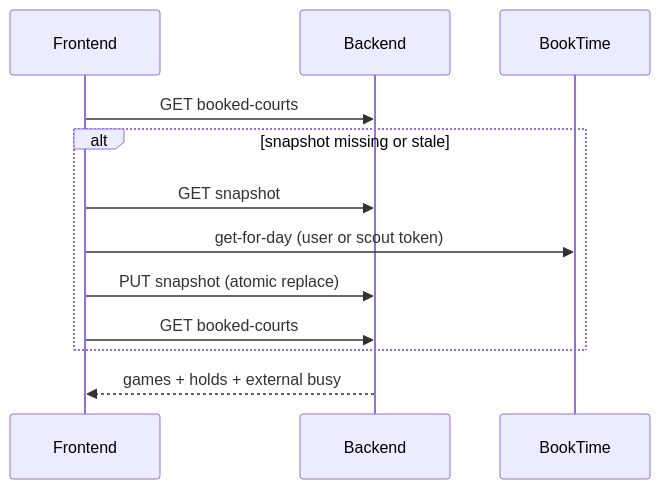
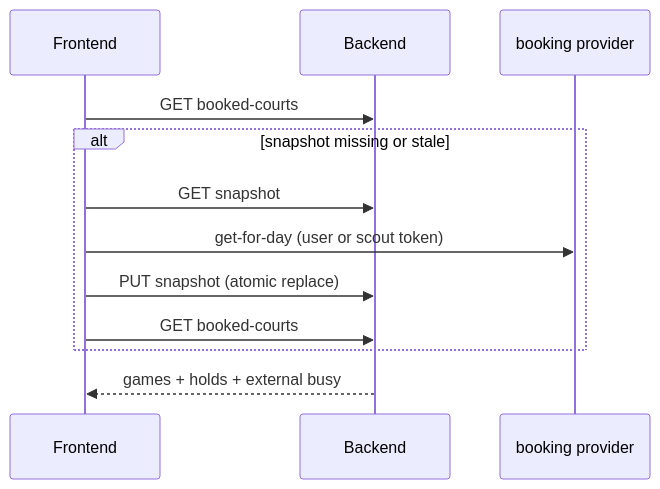
Before and after one commit to RelicDragon/bandeja: the first of 2 diagrams in docs/PLAN_BOOKTIME_INTEGRATION.md, drawn with Mermaid. The commit also changed other lines of this file and 51 other files, not shown here.

First line of the commit message:
refactor: update BookTime references to online booking throughout the application

````diff
--- a/docs/PLAN_BOOKTIME_INTEGRATION.md
+++ b/docs/PLAN_BOOKTIME_INTEGRATION.md
@@ -79,15 +79,15 @@
 ```mermaid
 sequenceDiagram
   participant FE as Frontend
   participant BE as Backend
-  participant BT as BookTime
+  participant BT as booking provider
 
   FE->>BE: GET booked-courts
   alt snapshot missing or stale
     FE->>BE: GET snapshot
     FE->>BT: get-for-day (user or scout token)
     FE->>BE: PUT snapshot (atomic replace)
     FE->>BE: GET booked-courts
   end
   BE-->>FE: games + holds + external busy
 ```
````
